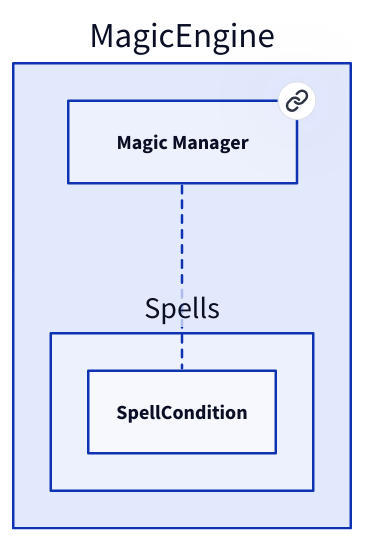
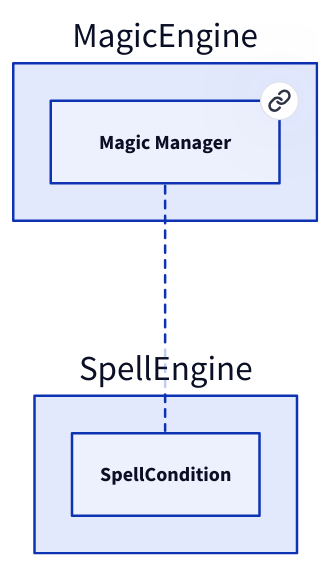
The diagram in doc/graphs/d2/SpellCondition.d2 (Portevent/Brume-Documentation), drawn with D2 before and after one commit. The commit also changed 226 other files, not shown here.

```diff
--- a/doc/graphs/d2/SpellCondition.d2
+++ b/doc/graphs/d2/SpellCondition.d2
@@ -1,9 +1,9 @@
 # Nodes :
 MagicEngine: {
     MagicManager: Magic Manager {
        link: MagicManager
     }
 }
 
 # Links :
-MagicEngine.MagicManager -- MagicEngine.Spells.SpellCondition: {style.stroke-dash: 3}
+MagicEngine.MagicManager -- SpellEngine.SpellCondition: {style.stroke-dash: 3}
```
